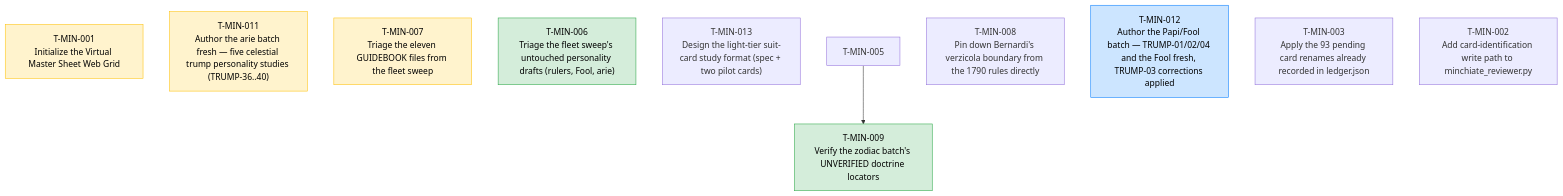
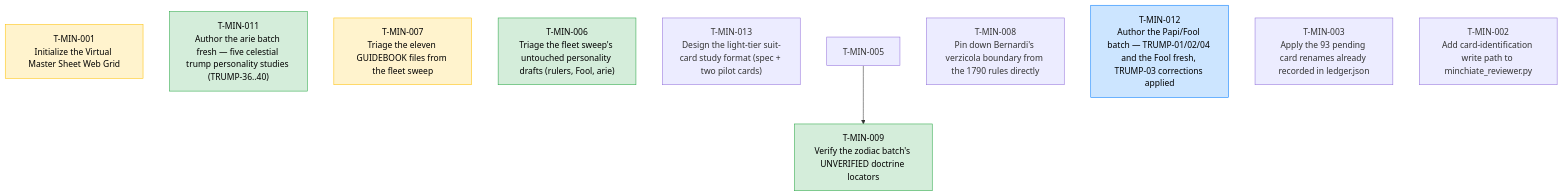
The diagram in TASKS.md (wgmilleriii/task_coordinator), drawn with Mermaid before and after one commit. The commit also changed other lines of this file and 3 other files, not shown here.

First line of the commit message:
review: T-MIN-011 arie batch — PASS_WITH_CORRECTIONS, task DONE (Reviewer-F16)

````diff
--- a/TASKS.md
+++ b/TASKS.md
@@ -7,18 +7,18 @@
 ```mermaid
 graph TD
     classDef done fill:#d4edda,stroke:#28a745,color:#000;
     classDef blocked fill:#f8d7da,stroke:#dc3545,color:#000;
     classDef review fill:#fff3cd,stroke:#ffc107,color:#000;
     classDef active fill:#cce5ff,stroke:#007bff,color:#000;
     T-MIN-001["T-MIN-001<br/>Initialize the Virtual Master Sheet Web Grid"]:::review
-    T-MIN-011["T-MIN-011<br/>Author the arie batch fresh — five celestial trump personality studies (TRUMP-36..40)"]:::review
+    T-MIN-011["T-MIN-011<br/>Author the arie batch fresh — five celestial trump personality studies (TRUMP-36..40)"]:::done
     T-MIN-007["T-MIN-007<br/>Triage the eleven GUIDEBOOK files from the fleet sweep"]:::review
     T-MIN-006["T-MIN-006<br/>Triage the fleet sweep's untouched personality drafts (rulers, Fool, arie)"]:::done
     T-MIN-013["T-MIN-013<br/>Design the light-tier suit-card study format (spec + two pilot cards)"]
     T-MIN-009["T-MIN-009<br/>Verify the zodiac batch's UNVERIFIED doctrine locators"]:::done
     T-MIN-005 --> T-MIN-009
     T-MIN-008["T-MIN-008<br/>Pin down Bernardi's verzicola boundary from the 1790 rules directly"]
     T-MIN-012["T-MIN-012<br/>Author the Papi/Fool batch — TRUMP-01/02/04 and the Fool fresh, TRUMP-03 corrections applied"]:::active
     T-MIN-003["T-MIN-003<br/>Apply the 93 pending card renames already recorded in ledger.json"]
     T-MIN-002["T-MIN-002<br/>Add card-identification write path to minchiate_reviewer.py"]
 ```
````
